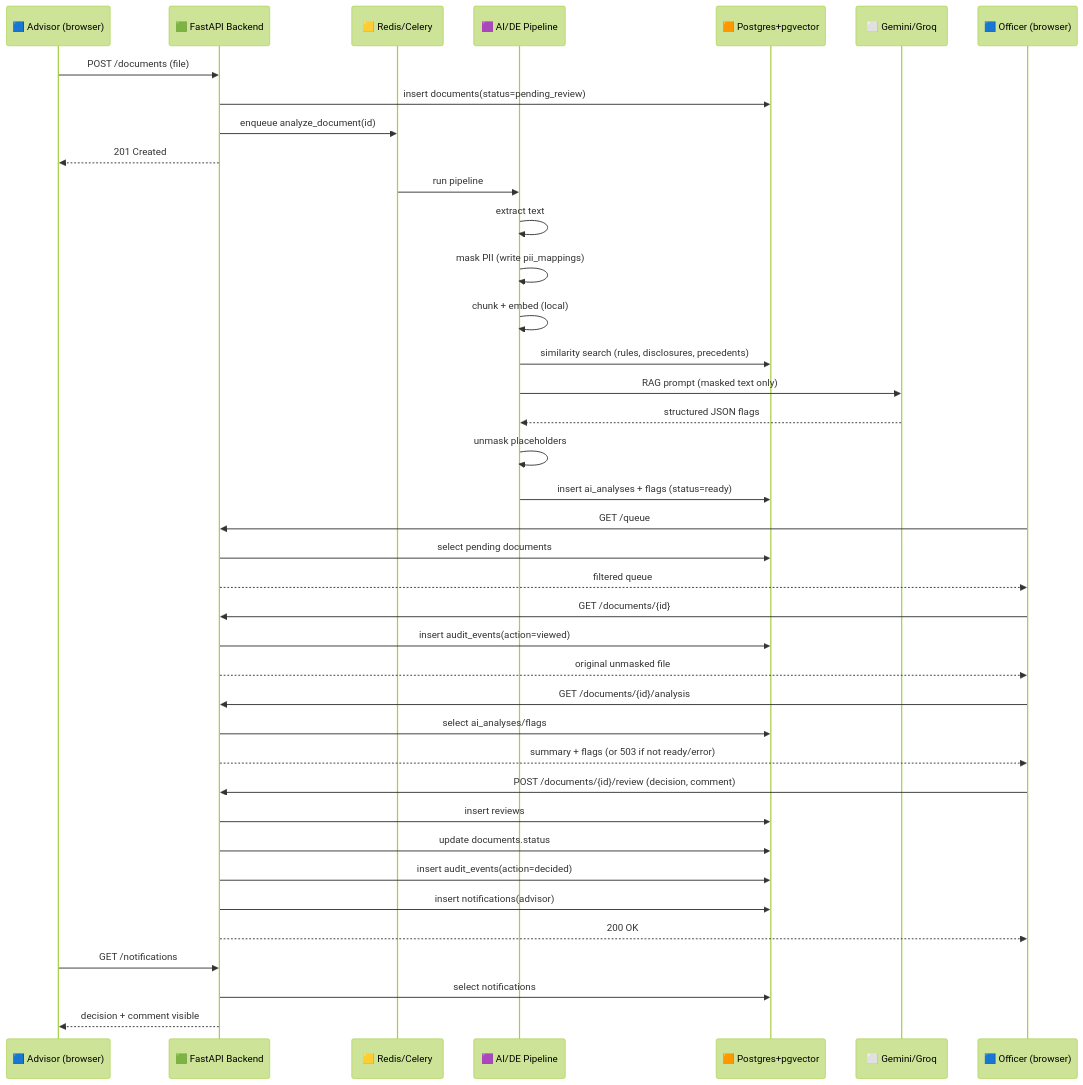
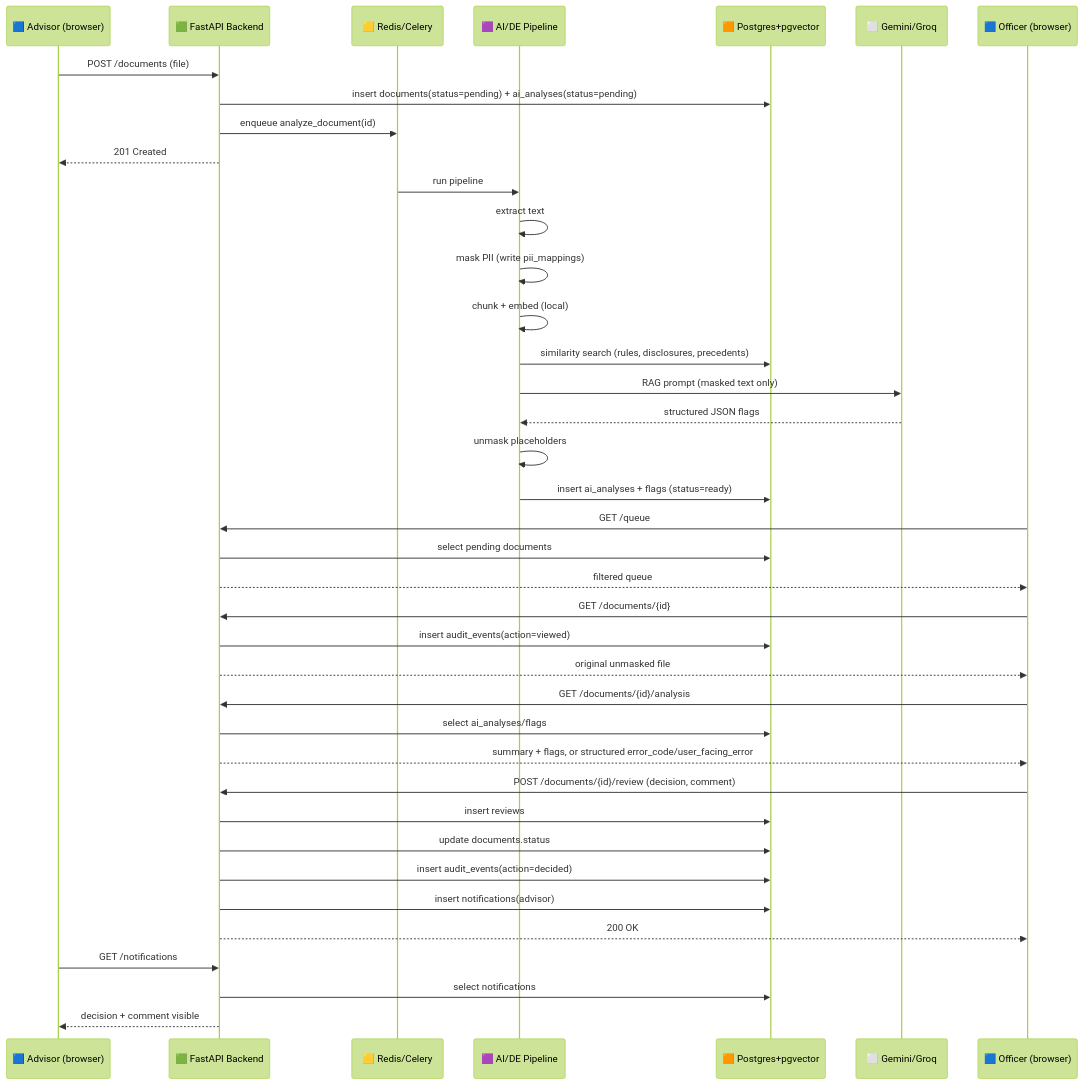
One commit to Glynac-Team1/Compliance-Document-Review-App changed the third of 4 diagrams in docs/architecture.md. Above: the diagram before and after it, drawn with Mermaid (forest theme). The commit also changed other lines of this file and 5 other files, not shown here.

First line of the commit message:
docs: update technical docs to reflect current stack and architecture

````diff
--- a/docs/architecture.md
+++ b/docs/architecture.md
@@ -188,48 +188,48 @@
 ```mermaid
 sequenceDiagram
     participant A as 🟦 Advisor (browser)
     participant API as 🟩 FastAPI Backend
     participant Q as 🟨 Redis/Celery
     participant P as 🟪 AI/DE Pipeline
     participant DB as 🟧 Postgres+pgvector
     participant Ext as ⬜ Gemini/Groq
     participant O as 🟦 Officer (browser)
 
     A->>API: POST /documents (file)
-    API->>DB: insert documents(status=pending_review)
+    API->>DB: insert documents(status=pending) + ai_analyses(status=pending)
     API->>Q: enqueue analyze_document(id)
     API-->>A: 201 Created
 
     Q->>P: run pipeline
     P->>P: extract text
     P->>P: mask PII (write pii_mappings)
     P->>P: chunk + embed (local)
     P->>DB: similarity search (rules, disclosures, precedents)
     P->>Ext: RAG prompt (masked text only)
     Ext-->>P: structured JSON flags
     P->>P: unmask placeholders
     P->>DB: insert ai_analyses + flags (status=ready)
 
     O->>API: GET /queue
     API->>DB: select pending documents
     API-->>O: filtered queue
 
     O->>API: GET /documents/{id}
     API->>DB: insert audit_events(action=viewed)
     API-->>O: original unmasked file
 
     O->>API: GET /documents/{id}/analysis
     API->>DB: select ai_analyses/flags
-    API-->>O: summary + flags (or 503 if not ready/error)
+    API-->>O: summary + flags, or structured error_code/user_facing_error
 
     O->>API: POST /documents/{id}/review (decision, comment)
     API->>DB: insert reviews
     API->>DB: update documents.status
     API->>DB: insert audit_events(action=decided)
     API->>DB: insert notifications(advisor)
     API-->>O: 200 OK
 
     A->>API: GET /notifications
     API->>DB: select notifications
     API-->>A: decision + comment visible
 ```
````
